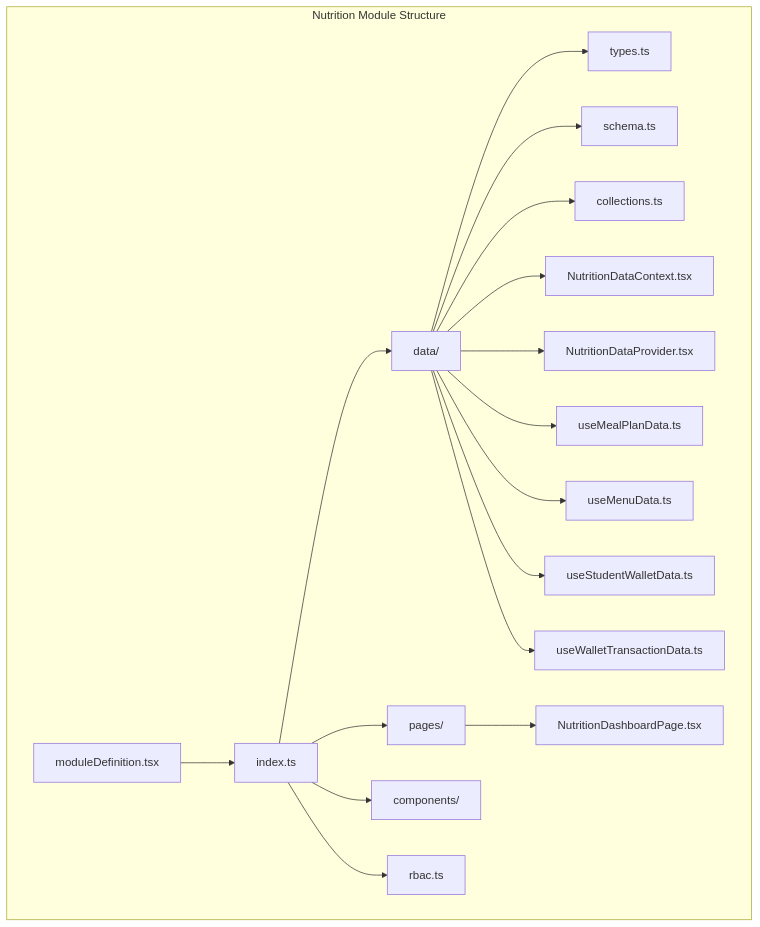
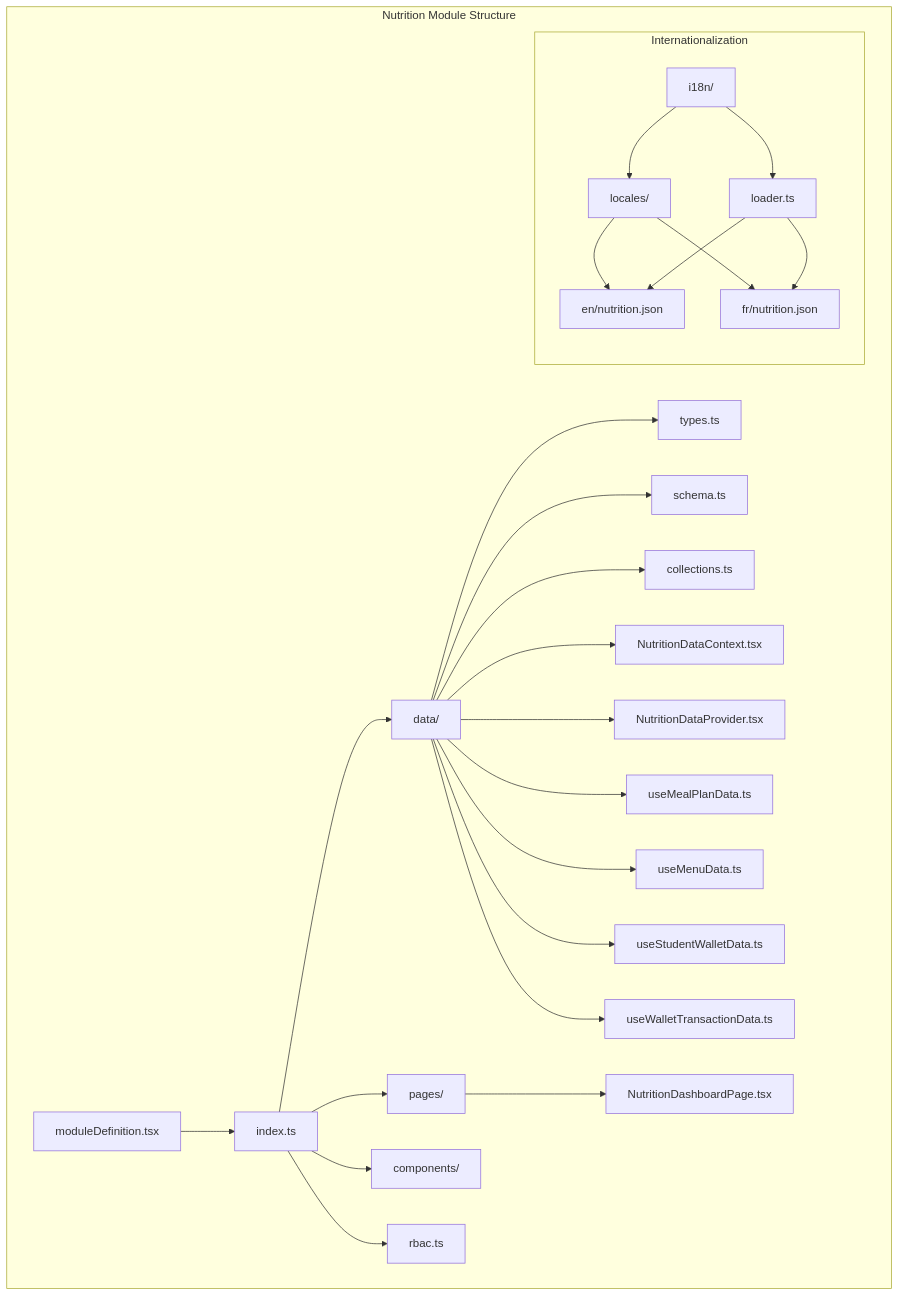
The first of 11 diagrams in .qoder/repowiki/en/content/Modules System/Nutrition Module.md (geniusdynamics/schoolpilot), drawn with Mermaid before and after one commit. The commit also changed other lines of this file and 16 other files, not shown here.

````diff
--- a/.qoder/repowiki/en/content/Modules System/Nutrition Module.md
+++ b/.qoder/repowiki/en/content/Modules System/Nutrition Module.md
@@ -62,20 +64,28 @@
 ```mermaid
 graph TB
 subgraph "Nutrition Module Structure"
 A[moduleDefinition.tsx] --> B[index.ts]
 B --> C[data/]
 B --> D[pages/]
 B --> E[components/]
 B --> F[rbac.ts]
 C --> C1[types.ts]
 C --> C2[schema.ts]
 C --> C3[collections.ts]
 C --> C4[NutritionDataContext.tsx]
 C --> C5[NutritionDataProvider.tsx]
 C --> C6[useMealPlanData.ts]
 C --> C7[useMenuData.ts]
 C --> C8[useStudentWalletData.ts]
 C --> C9[useWalletTransactionData.ts]
 D --> D1[NutritionDashboardPage.tsx]
+subgraph "Internationalization"
+G[i18n/] --> H[loader.ts]
+G --> I[locales/]
+I --> J[en/nutrition.json]
+I --> K[fr/nutrition.json]
+H --> J
+H --> K
+end
 end
 ```
````
